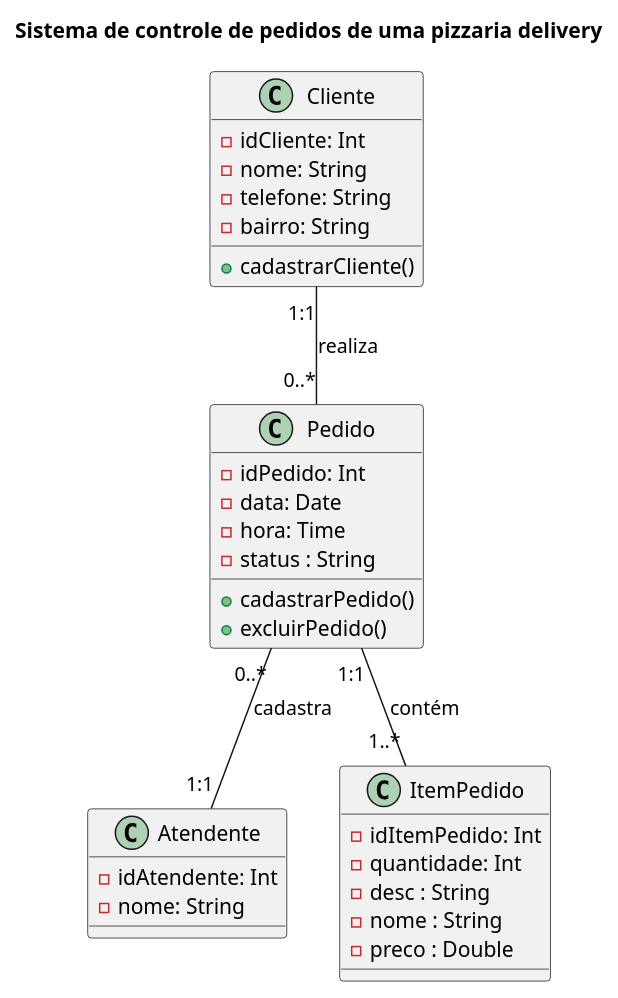
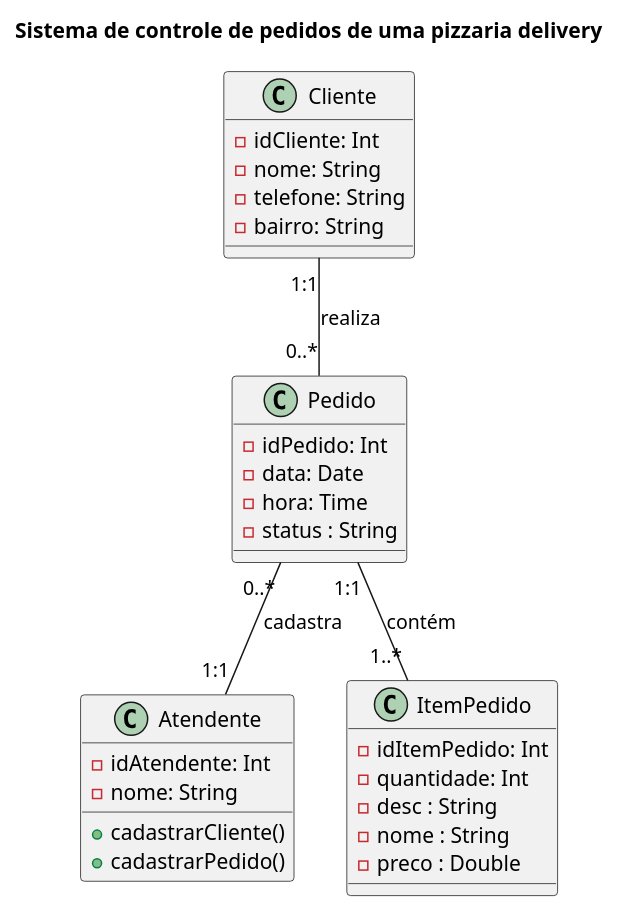
Before and after one commit to luiz-david05/trabalho_finalAPS: the diagram in trabalho_final/diagrama_classes/pizzaria.puml, drawn with PlantUML. The commit also changed 15 other files, not shown here.

```diff
--- a/trabalho_final/diagrama_classes/pizzaria.puml
+++ b/trabalho_final/diagrama_classes/pizzaria.puml
@@ -1,38 +1,37 @@
 @startuml Pizzaria
 title Sistema de controle de pedidos de uma pizzaria delivery
 
 class Cliente {
     - idCliente: Int
     - nome: String
     - telefone: String
     - bairro: String
-    + cadastrarCliente()
 }
 
 class Atendente {
     - idAtendente: Int
     - nome: String
+    + cadastrarCliente()
+    + cadastrarPedido()
 }
 
 class Pedido {
     - idPedido: Int
     - data: Date
     - hora: Time
     - status : String
-    + cadastrarPedido()
-    + excluirPedido()
 }
 
 class ItemPedido {
     - idItemPedido: Int
     - quantidade: Int
     - desc : String
     - nome : String
     - preco : Double
 }
 
 Cliente "1:1" -- "0..*" Pedido: "realiza"
 Pedido "0..*" -- "1:1" Atendente: "cadastra"
 Pedido "1:1" -- "1..*" ItemPedido: "contém"
 
 @enduml
```
